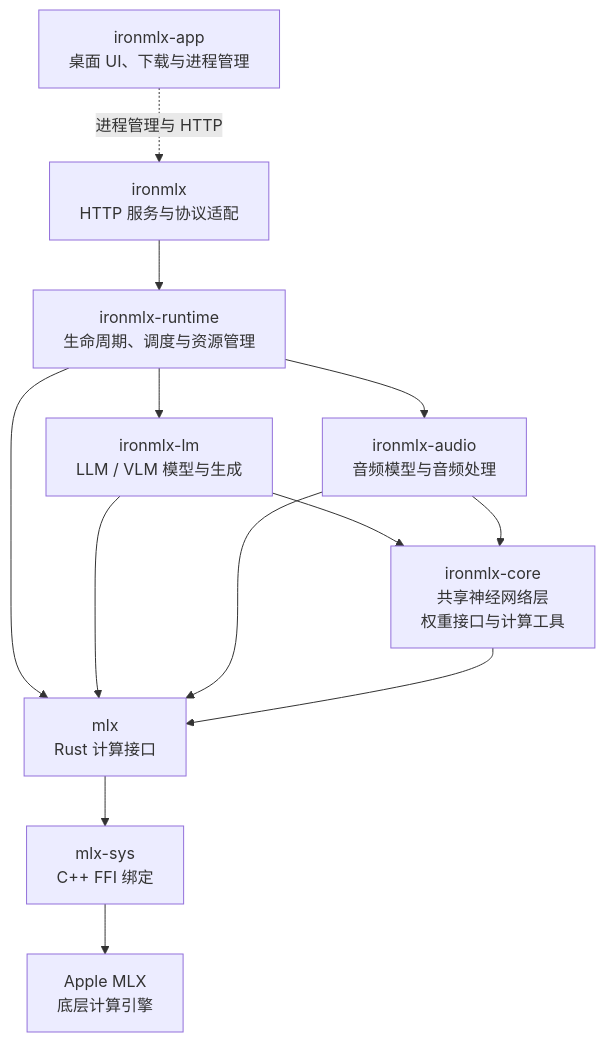
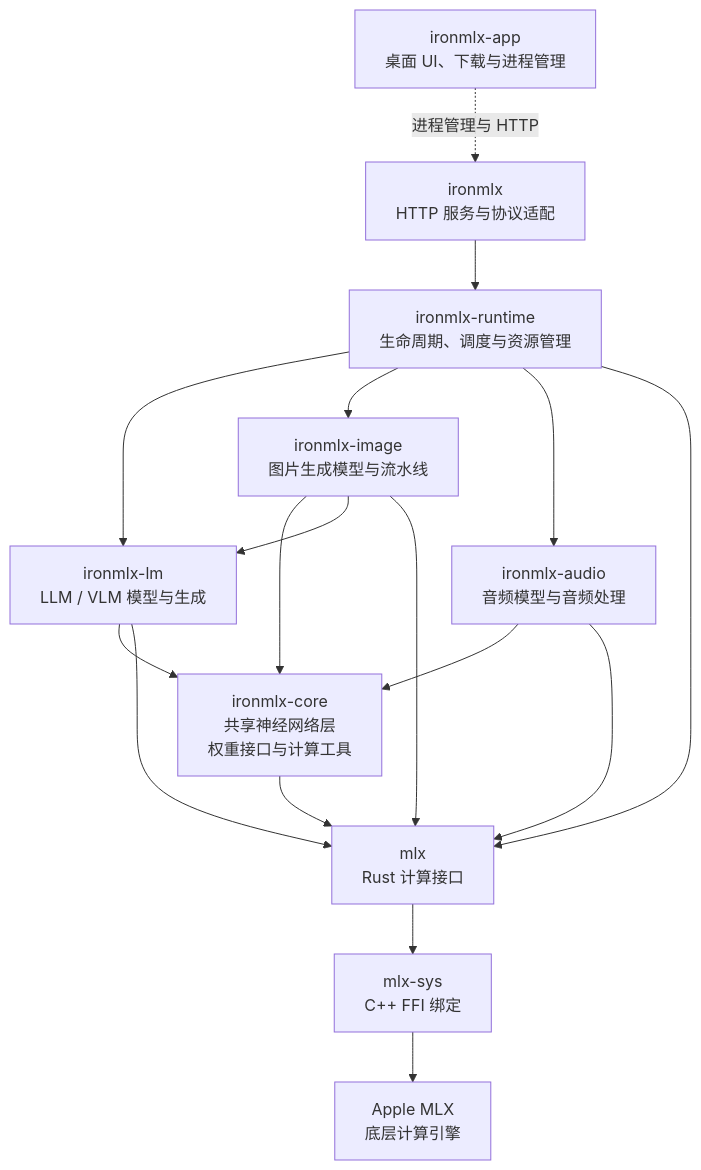
One commit to apepkuss/ironmlx changed the diagram in docs/zh-CN/project-architecture.md. Above: the diagram before and after it, drawn with Mermaid. The commit also changed other lines of this file and 76 other files, not shown here.

````diff
--- a/docs/zh-CN/project-architecture.md
+++ b/docs/zh-CN/project-architecture.md
@@ -9,25 +9,30 @@
 ```mermaid
 flowchart TD
     App["ironmlx-app<br/>桌面 UI、下载与进程管理"]
     Server["ironmlx<br/>HTTP 服务与协议适配"]
     Runtime["ironmlx-runtime<br/>生命周期、调度与资源管理"]
     LM["ironmlx-lm<br/>LLM / VLM 模型与生成"]
+    Image["ironmlx-image<br/>图片生成模型与流水线"]
     Audio["ironmlx-audio<br/>音频模型与音频处理"]
     Core["ironmlx-core<br/>共享神经网络层<br/>权重接口与计算工具"]
     MLX["mlx<br/>Rust 计算接口"]
     Sys["mlx-sys<br/>C++ FFI 绑定"]
     Native["Apple MLX<br/>底层计算引擎"]
 
     App -.->|进程管理与 HTTP| Server
     Server --> Runtime
     Runtime --> LM
+    Runtime --> Image
     Runtime --> Audio
     Runtime --> MLX
     LM --> Core
+    Image --> Core
+    Image --> LM
     Audio --> Core
     LM --> MLX
+    Image --> MLX
     Audio --> MLX
     Core --> MLX
     MLX --> Sys
     Sys --> Native
 ```
````
